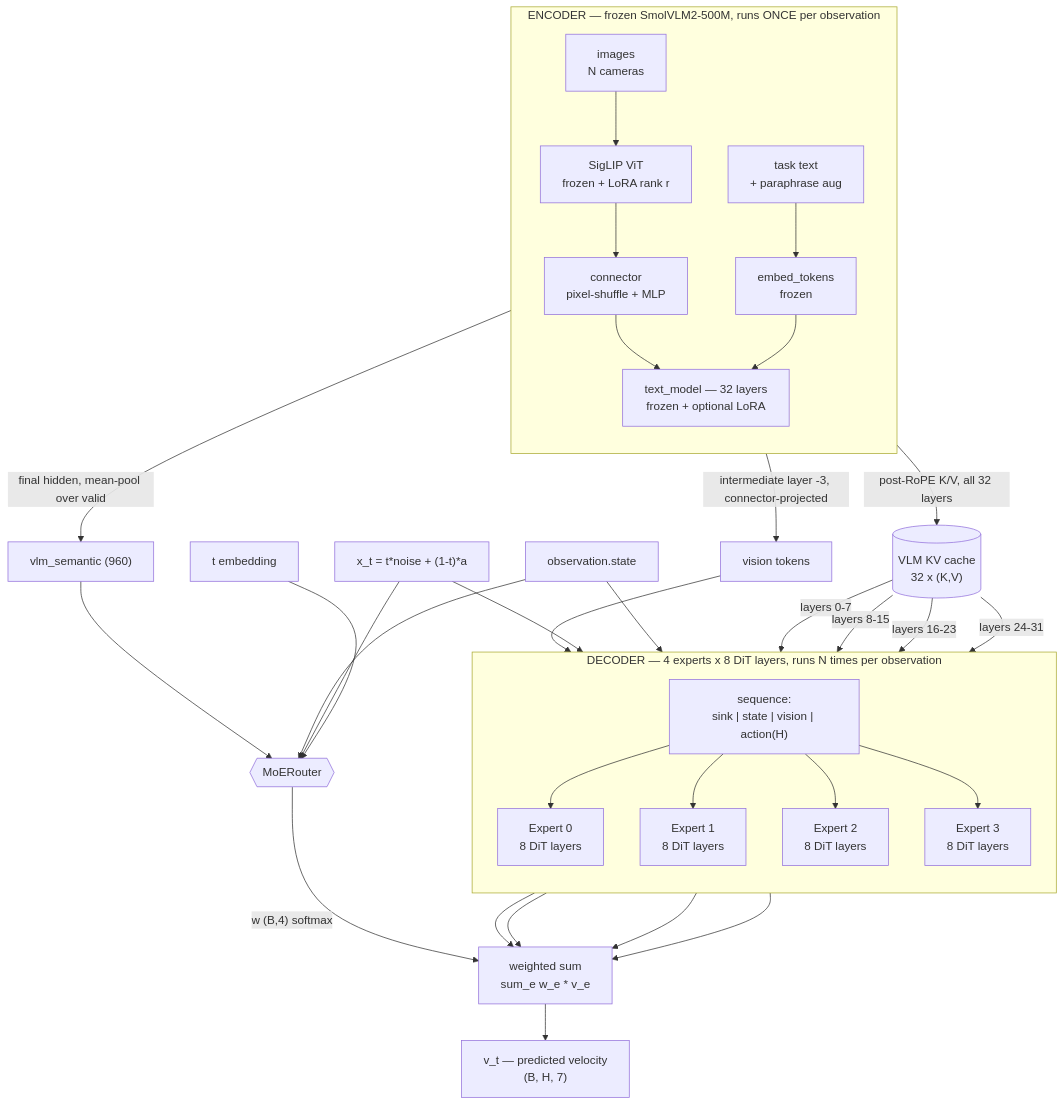
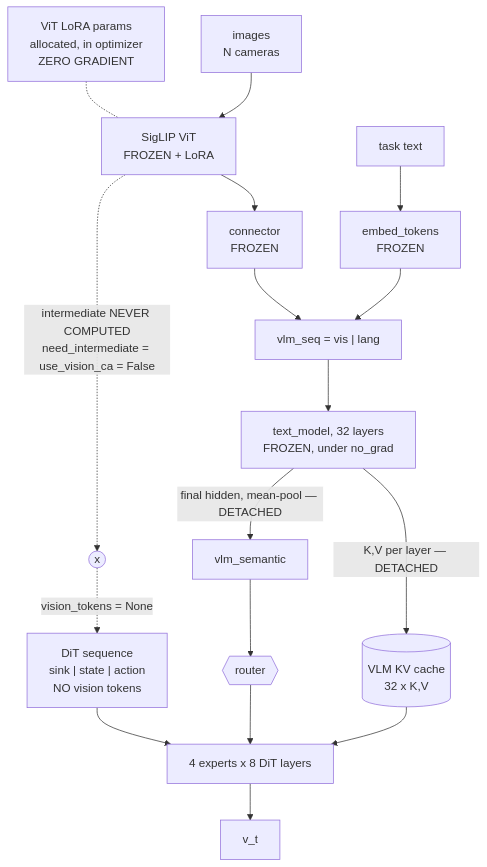
Before and after one commit to mayuanyang/lerobot-piper: the first of 6 diagrams in src/models/wilro_moe/ARCHITECTURE.md, drawn with Mermaid. The commit also changed other lines of this file, not shown here.

First line of the commit message:
docs(wilro_moe): one diagram per gradient topology, and the default one has two dead paths

````diff
--- a/src/models/wilro_moe/ARCHITECTURE.md
+++ b/src/models/wilro_moe/ARCHITECTURE.md
@@ -31,45 +55,22 @@
 ```mermaid
 flowchart TB
-    subgraph ENC["ENCODER — frozen SmolVLM2-500M, runs ONCE per observation"]
-        direction TB
-        IMG["images<br/>N cameras"] --> ViT["SigLIP ViT<br/>frozen + LoRA rank r"]
-        ViT --> CONN["connector<br/>pixel-shuffle + MLP"]
-        TASK["task text<br/>+ paraphrase aug"] --> TE["embed_tokens<br/>frozen"]
-        CONN --> TXT["text_model — 32 layers<br/>frozen + optional LoRA"]
-        TE --> TXT
-    end
+    IMG["images<br/>N cameras"] --> ViT["SigLIP ViT<br/>FROZEN + LoRA"]
+    ViT --> CONN["connector<br/>FROZEN"]
+    TASK["task text"] --> TE["embed_tokens<br/>FROZEN"]
+    CONN --> CAT["vlm_seq = vis | lang"]
+    TE --> CAT
+    CAT --> TXT["text_model, 32 layers<br/>FROZEN, under no_grad"]
+    TXT -->|"K,V per layer — DETACHED"| KV[("VLM KV cache<br/>32 x K,V")]
+    TXT -->|"final hidden, mean-pool — DETACHED"| SEM["vlm_semantic"]
+    ViT -.->|"intermediate NEVER COMPUTED<br/>need_intermediate = use_vision_ca = False"| X(("x"))
+    X -.->|"vision_tokens = None"| SEQ
 
-    TXT -->|"post-RoPE K/V, all 32 layers"| KV[("VLM KV cache<br/>32 x (K,V)")]
-    TXT -->|"final hidden, mean-pool over valid"| SEM["vlm_semantic (960)"]
-    ViT -->|"intermediate layer -3, connector-projected"| VTOK["vision tokens"]
+    SEQ["DiT sequence<br/>sink | state | action<br/>NO vision tokens"]
+    KV --> DEC["4 experts x 8 DiT layers"]
+    SEM --> R{{"router"}}
+    SEQ --> DEC
+    R --> DEC
+    DEC --> V["v_t"]
 
-    subgraph DEC["DECODER — 4 experts x 8 DiT layers, runs N times per observation"]
-        direction TB
-        SEQ["sequence:<br/>sink | state | vision | action(H)"]
-        SEQ --> E0["Expert 0<br/>8 DiT layers"]
-        SEQ --> E1["Expert 1<br/>8 DiT layers"]
-        SEQ --> E2["Expert 2<br/>8 DiT layers"]
-        SEQ --> E3["Expert 3<br/>8 DiT layers"]
-    end
-
-    VTOK --> SEQ
-    XT["x_t = t*noise + (1-t)*a"] --> SEQ
-    ST["observation.state"] --> SEQ
-
-    KV -->|"layers 0-7"| E0
-    KV -->|"layers 8-15"| E1
-    KV -->|"layers 16-23"| E2
-    KV -->|"layers 24-31"| E3
-
-    SEM --> R{{"MoERouter"}}
-    ST --> R
-    XT --> R
-    TEMB["t embedding"] --> R
-
-    E0 --> MIX["weighted sum<br/>sum_e w_e * v_e"]
-    E1 --> MIX
-    E2 --> MIX
-    E3 --> MIX
-    R -->|"w (B,4) softmax"| MIX
-    MIX --> V["v_t — predicted velocity<br/>(B, H, 7)"]
+    LORA["ViT LoRA params<br/>allocated, in optimizer<br/>ZERO GRADIENT"] -.- ViT
 ```
````
